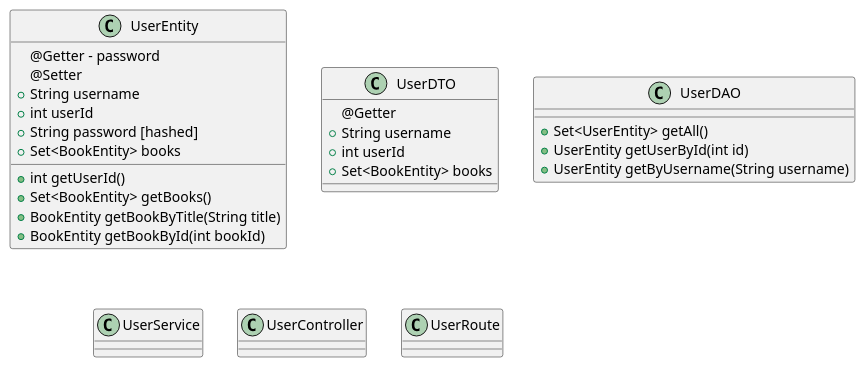
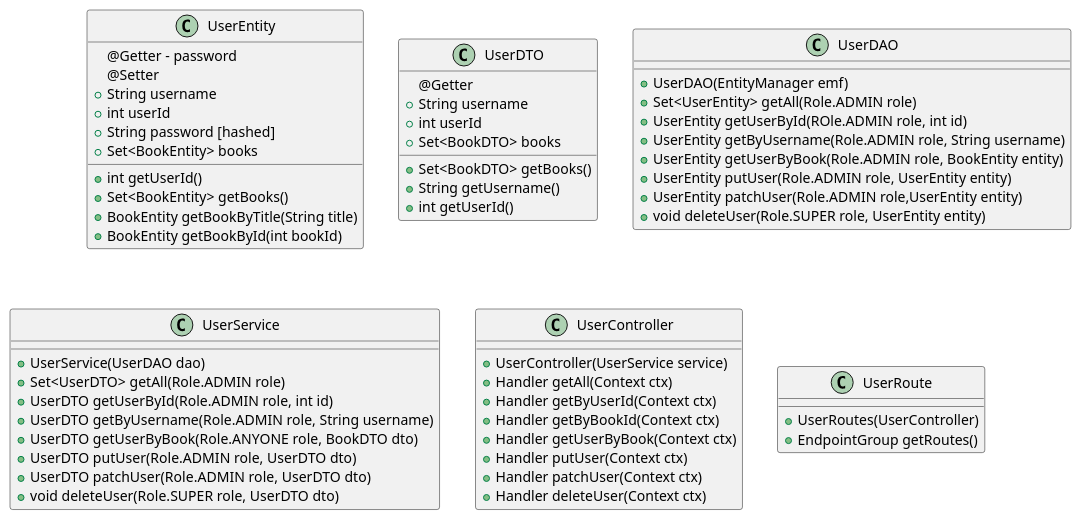
One commit to 73N37/BookAPI changed the diagram in src/main/java/T3N3T/Diagram/UserClass.puml. Above: the diagram before and after it, drawn with PlantUML. The commit also changed 2 other files, not shown here.

Commit message:
finalized class diagams and changed Role.MODERATOR to Role.SUPER

```diff
--- a/src/main/java/T3N3T/Diagram/UserClass.puml
+++ b/src/main/java/T3N3T/Diagram/UserClass.puml
@@ -1,39 +1,72 @@
 @startuml
 'https://plantuml.com/sequence-diagram
 
 class UserEntity
 class UserDTO
 class UserDAO
 class UserService
 class UserController
 class UserRoute
 
 class UserEntity{
 @Getter - password
 @Setter
 + String username
 + int userId
 + String password [hashed]
 + Set<BookEntity> books
 + int getUserId()
 + Set<BookEntity> getBooks()
 + BookEntity getBookByTitle(String title)
 + BookEntity getBookById(int bookId)
 }
 
 class UserDTO{
 @Getter
 + String username
 + int userId
-+ Set<BookEntity> books
++ Set<BookDTO> books
++ Set<BookDTO> getBooks()
++ String getUsername()
++ int getUserId()
 }
 
 class UserDAO{
-+ Set<UserEntity> getAll()
-+ UserEntity getUserById(int id)
-+ UserEntity getByUsername(String username)
-
++ UserDAO(EntityManager emf)
++ Set<UserEntity> getAll(Role.ADMIN role)
++ UserEntity getUserById(ROle.ADMIN role, int id)
++ UserEntity getByUsername(Role.ADMIN role, String username)
++ UserEntity getUserByBook(Role.ADMIN role, BookEntity entity)
++ UserEntity putUser(Role.ADMIN role, UserEntity entity)
++ UserEntity patchUser(Role.ADMIN role,UserEntity entity)
++ void deleteUser(Role.SUPER role, UserEntity entity)
 }
 
+class UserService{
++ UserService(UserDAO dao)
++ Set<UserDTO> getAll(Role.ADMIN role)
++ UserDTO getUserById(Role.ADMIN role, int id)
++ UserDTO getByUsername(Role.ADMIN role, String username)
++ UserDTO getUserByBook(Role.ANYONE role, BookDTO dto)
++ UserDTO putUser(Role.ADMIN role, UserDTO dto)
++ UserDTO patchUser(Role.ADMIN role, UserDTO dto)
++ void deleteUser(Role.SUPER role, UserDTO dto)
+}
+
+class UserController{
++ UserController(UserService service)
++ Handler getAll(Context ctx)
++ Handler getByUserId(Context ctx)
++ Handler getByBookId(Context ctx)
++ Handler getUserByBook(Context ctx)
++ Handler putUser(Context ctx)
++ Handler patchUser(Context ctx)
++ Handler deleteUser(Context ctx)
+}
+
+class UserRoute{
++ UserRoutes(UserController)
++ EndpointGroup getRoutes()
+}
 
 @enduml
```
